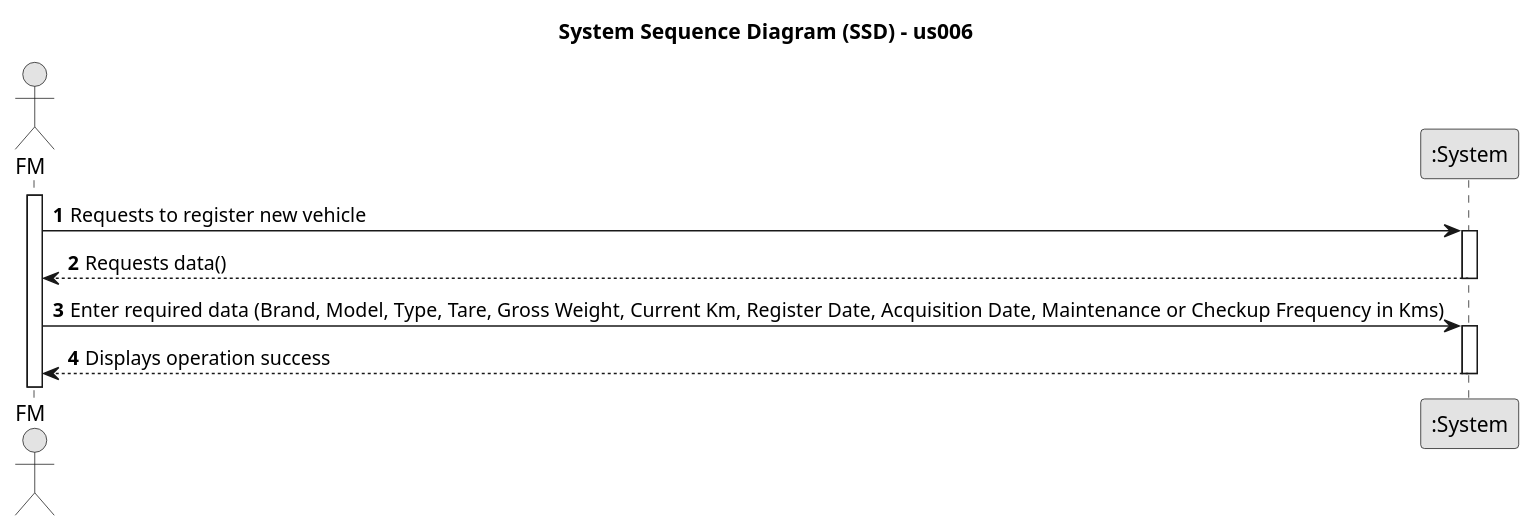
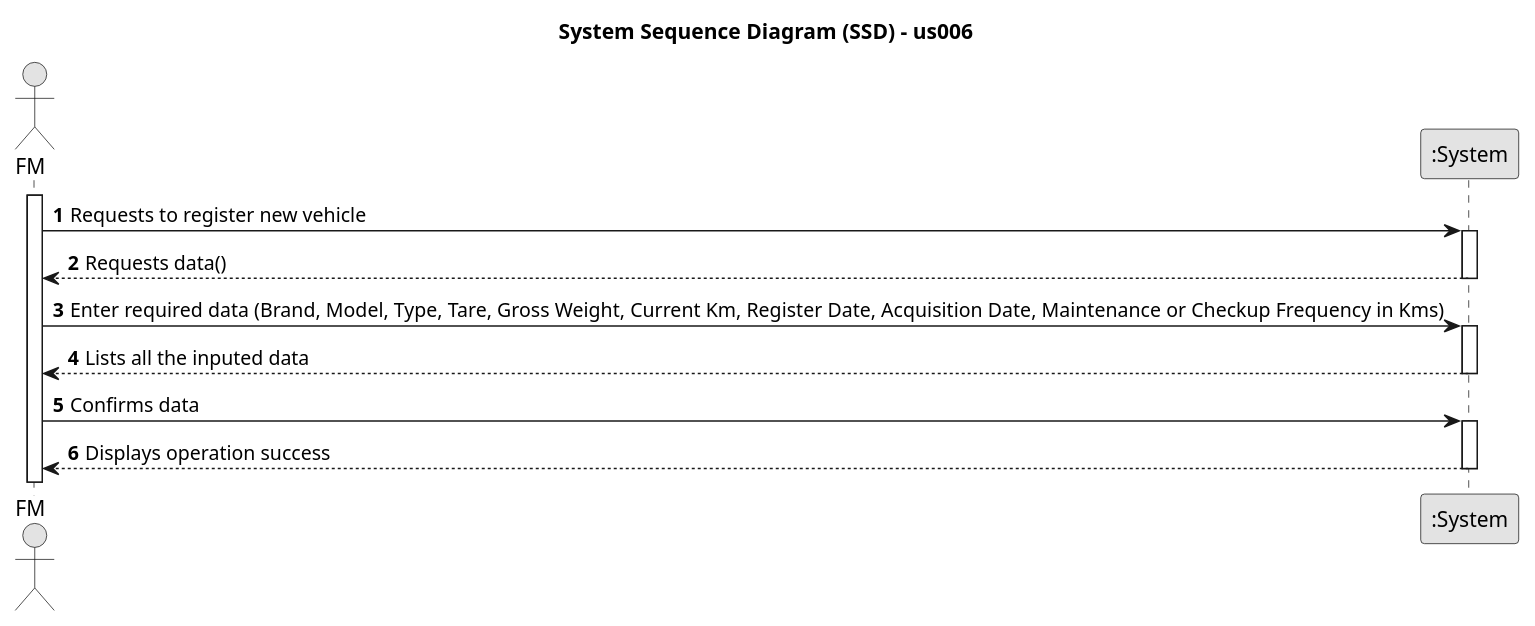
Before and after one commit to Departamento-de-Engenharia-Informatica/lei-24-s2-1dm-g132: the diagram in docs/sprintA/us006_rui/01.requirements-engineering/puml/SSD-us006.puml, drawn with PlantUML.

Commit message:
Small Changes in the us006 SSD

```diff
--- a/docs/sprintA/us006_rui/01.requirements-engineering/puml/SSD-us006.puml
+++ b/docs/sprintA/us006_rui/01.requirements-engineering/puml/SSD-us006.puml
@@ -1,26 +1,32 @@
 @startuml
 skinparam monochrome true
 skinparam packageStyle rectangle
 skinparam shadowing false
 
 title System Sequence Diagram (SSD) - us006
 
 autonumber
 
 actor "FM" as Admin
 participant ":System" as System
 
 activate Admin
 
     Admin -> System : Requests to register new vehicle
     activate System
 
         System --> Admin : Requests data()
     deactivate System
 
     Admin -> System : Enter required data (Brand, Model, Type, Tare, Gross Weight, Current Km, Register Date, Acquisition Date, Maintenance or Checkup Frequency in Kms)
     activate System
 
+    System --> Admin : Lists all the inputed data
+        deactivate System
+
+    Admin -> System : Confirms data
+        activate System
+
         System --> Admin : Displays operation success
     deactivate System
 @enduml
```
